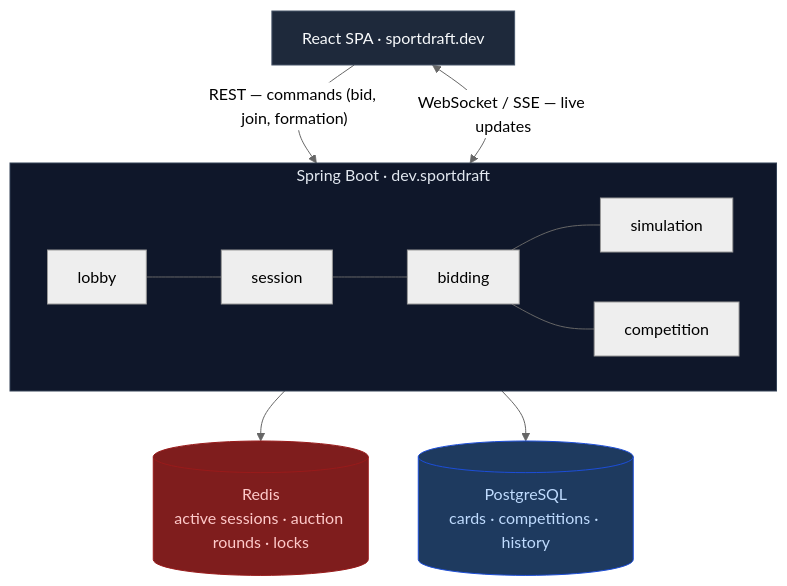
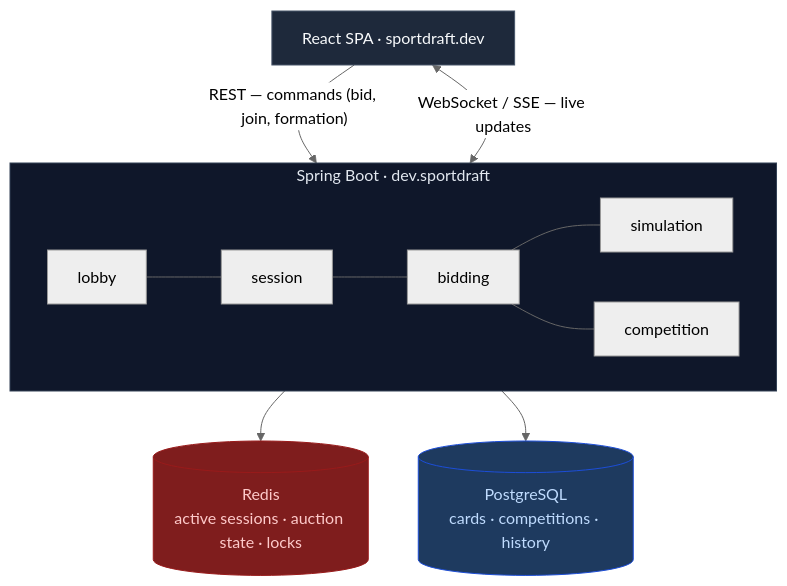
The diagram in README.md (umutguneykoksal/sportdraft-game), drawn with Mermaid (neutral theme) before and after one commit. The commit also changed other lines of this file and 278 other files, not shown here.

````diff
--- a/README.md
+++ b/README.md
@@ -36,21 +80,21 @@
 ```mermaid
 flowchart TB
   Client["React SPA · sportdraft.dev"]
 
   Client -->|"REST — commands (bid, join, formation)"| API
   Client <-->|"WebSocket / SSE — live updates"| API
 
   subgraph API["Spring Boot · dev.sportdraft"]
     direction LR
     lobby[lobby] --- session[session] --- bidding[bidding] --- simulation[simulation]
     bidding --- competition[competition]
   end
 
-  API --> Redis[("Redis<br/>active sessions · auction rounds · locks")]
+  API --> Redis[("Redis<br/>active sessions · auction state · locks")]
   API --> PG[("PostgreSQL<br/>cards · competitions · history")]
 
   style Client fill:#1e293b,stroke:#475569,color:#f8fafc
   style API fill:#0f172a,stroke:#334155,color:#e2e8f0
   style Redis fill:#7f1d1d,stroke:#991b1b,color:#fecaca
   style PG fill:#1e3a5f,stroke:#1d4ed8,color:#bfdbfe
 ```
````
